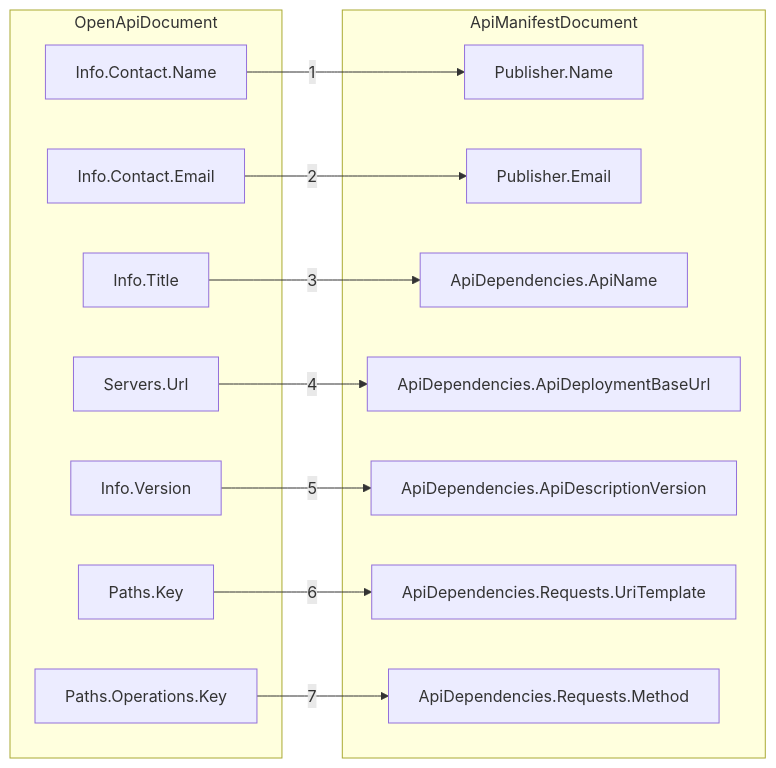
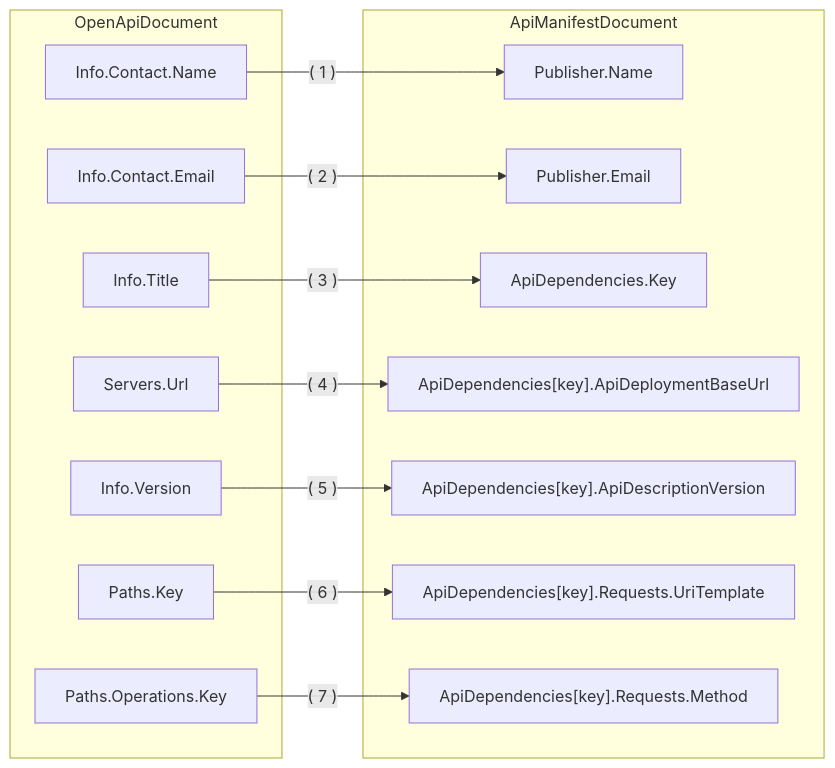
One commit to microsoft/OpenApi.ApiManifest changed the diagram in docs/OpenApiToApiManifestMapping.md. Above: the diagram before and after it, drawn with Mermaid. The commit also changed other lines of this file and 1 other file, not shown here.

Commit message:
chore: Update changelog.

````diff
--- a/docs/OpenApiToApiManifestMapping.md
+++ b/docs/OpenApiToApiManifestMapping.md
@@ -11,28 +11,28 @@
-```mermaid
+``` mermaid
 graph LR
     subgraph OpenApiDocument
     A1[Info.Contact.Name]
     A2[Info.Contact.Email]
     A3[Info.Title]
     A4[Servers.Url]
     A5[Info.Version]
     A6[Paths.Key]
     A7[Paths.Operations.Key]
     end
     subgraph ApiManifestDocument
     B1[Publisher.Name]
     B2[Publisher.Email]
-    B3[ApiDependencies.ApiName]
-    B4[ApiDependencies.ApiDeploymentBaseUrl]
-    B5[ApiDependencies.ApiDescriptionVersion]
-    B6[ApiDependencies.Requests.UriTemplate]
-    B7[ApiDependencies.Requests.Method]
+    B3[ApiDependencies.Key]
+    B4["ApiDependencies[key].ApiDeploymentBaseUrl"]
+    B5["ApiDependencies[key].ApiDescriptionVersion"]
+    B6["ApiDependencies[key].Requests.UriTemplate"]
+    B7["ApiDependencies[key].Requests.Method"]
     end
-    A1 -- "1" --> B1
-    A2 -- "2" --> B2
-    A3 -- "3" --> B3
-    A4 -- "4" --> B4
-    A5 -- "5" --> B5
-    A6 -- "6" --> B6
-    A7 -- "7" --> B7
+    A1 -- "( 1 )" --> B1
+    A2 -- "( 2 )" --> B2
+    A3 -- "( 3 )" --> B3
+    A4 -- "( 4 )" --> B4
+    A5 -- "( 5 )" --> B5
+    A6 -- "( 6 )" --> B6
+    A7 -- "( 7 )" --> B7
 ```
````
